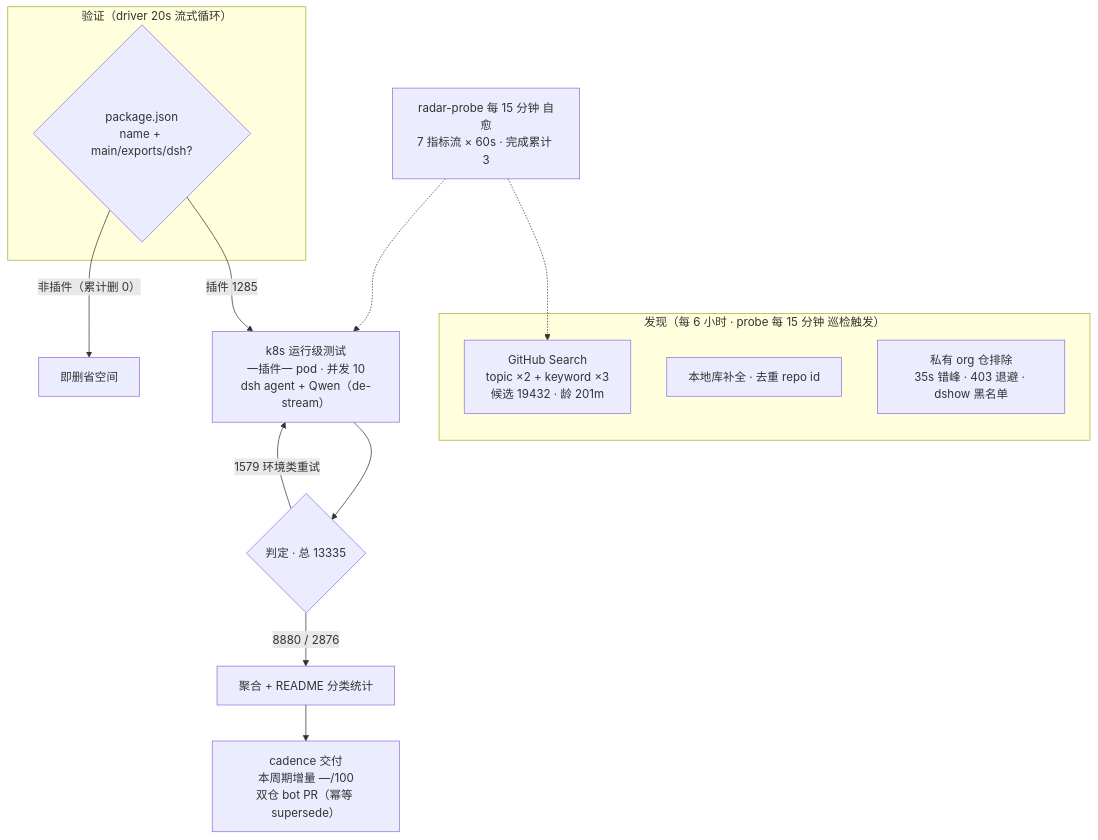
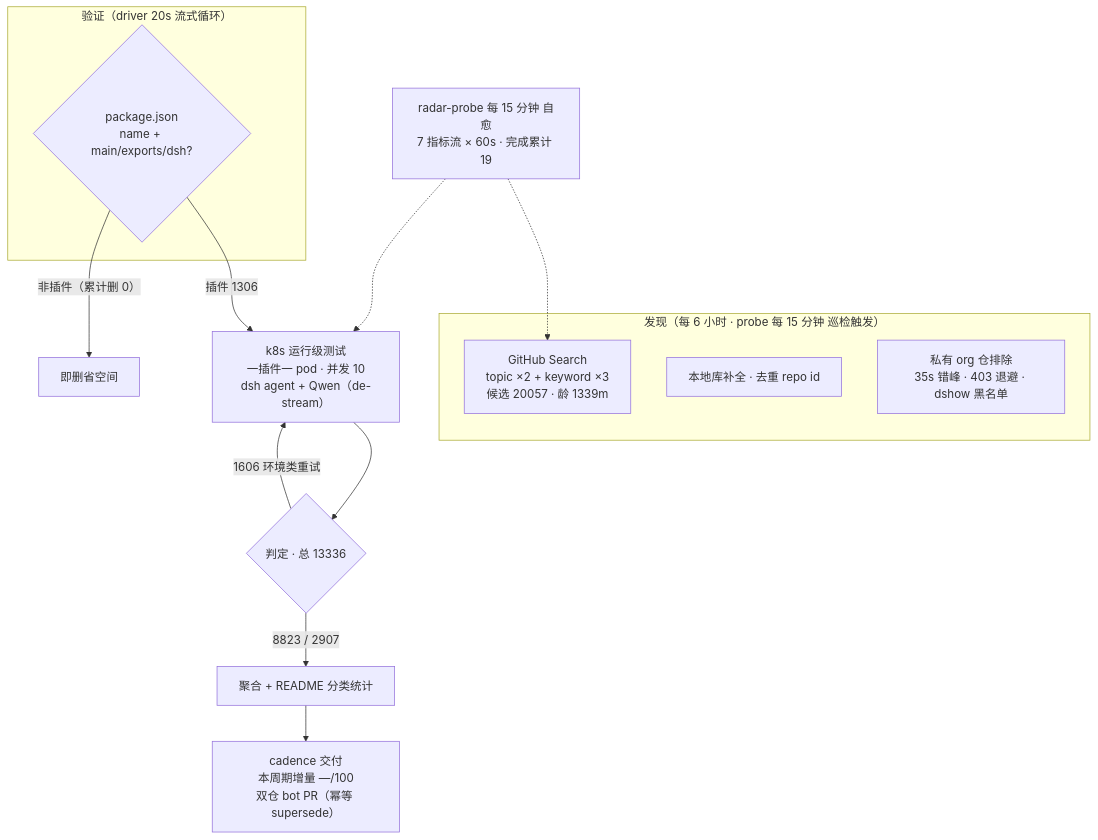
Before and after one commit to Zhidao-Lab-OSS/awesome-dsh-plugins: the diagram in README.md, drawn with Mermaid. The commit also changed other lines of this file and 1 other file, not shown here.

````diff
--- a/README.md
+++ b/README.md
@@ -52,20 +53,20 @@
 ```mermaid
 flowchart TB
     subgraph Discovery["发现（每 6 小时 · probe 每 15 分钟 巡检触发）"]
-        A1["GitHub Search<br/>topic ×2 + keyword ×3<br/>候选 19432 · 龄 201m"]
+        A1["GitHub Search<br/>topic ×2 + keyword ×3<br/>候选 20057 · 龄 1339m"]
         A2["本地库补全 · 去重 repo id"]
         A3["私有 org 仓排除<br/>35s 错峰 · 403 退避 · dshow 黑名单"]
     end
     subgraph Validation["验证（driver 20s 流式循环）"]
         B1{"package.json<br/>name + main/exports/dsh?"}
     end
-    B1 -->|"插件 1285"| C1["k8s 运行级测试<br/>一插件一 pod · 并发 10<br/>dsh agent + Qwen（de-stream）"]
+    B1 -->|"插件 1306"| C1["k8s 运行级测试<br/>一插件一 pod · 并发 10<br/>dsh agent + Qwen（de-stream）"]
     B1 -->|"非插件（累计删 0）"| B3["即删省空间"]
-    C1 --> D1{"判定 · 总 13335"}
-    D1 -->|"8880 / 2876"| E1["聚合 + README 分类统计"]
-    D1 -->|"1579 环境类重试"| C1
+    C1 --> D1{"判定 · 总 13336"}
+    D1 -->|"8823 / 2907"| E1["聚合 + README 分类统计"]
+    D1 -->|"1606 环境类重试"| C1
     E1 --> E2["cadence 交付<br/>本周期增量 —/100<br/>双仓 bot PR（幂等 supersede）"]
-    M["radar-probe 每 15 分钟 自愈<br/>7 指标流 × 60s · 完成累计 3"]
+    M["radar-probe 每 15 分钟 自愈<br/>7 指标流 × 60s · 完成累计 19"]
     M -.-> A1
     M -.-> C1
 ```
````
